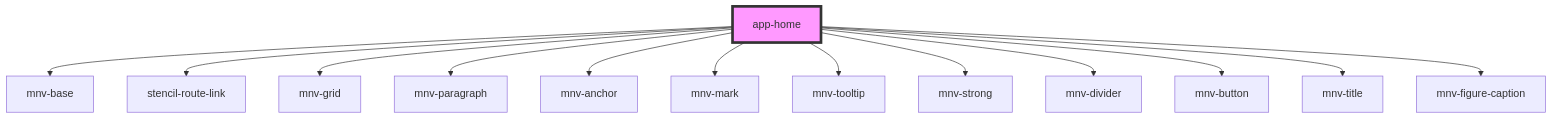
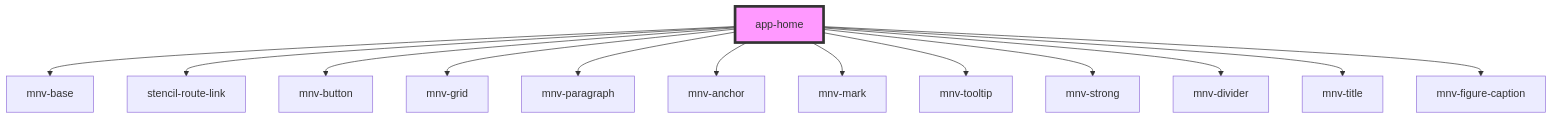
Before and after one commit to rafaela-vairo/ufrj-sustainable: the diagram in src/components/app-home/readme.md, drawn with Mermaid. The commit also changed other lines of this file and 26 other files, not shown here.

````diff
--- a/src/components/app-home/readme.md
+++ b/src/components/app-home/readme.md
@@ -26,16 +26,16 @@
 ```mermaid
 graph TD;
   app-home --> mnv-base
   app-home --> stencil-route-link
+  app-home --> mnv-button
   app-home --> mnv-grid
   app-home --> mnv-paragraph
   app-home --> mnv-anchor
   app-home --> mnv-mark
   app-home --> mnv-tooltip
   app-home --> mnv-strong
   app-home --> mnv-divider
-  app-home --> mnv-button
   app-home --> mnv-title
   app-home --> mnv-figure-caption
   style app-home fill:#f9f,stroke:#333,stroke-width:4px
 ```
````
